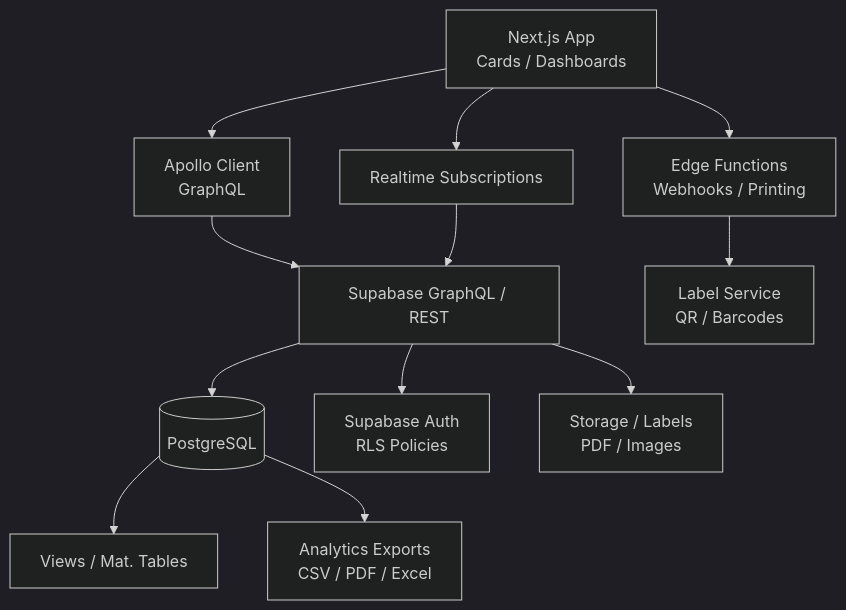
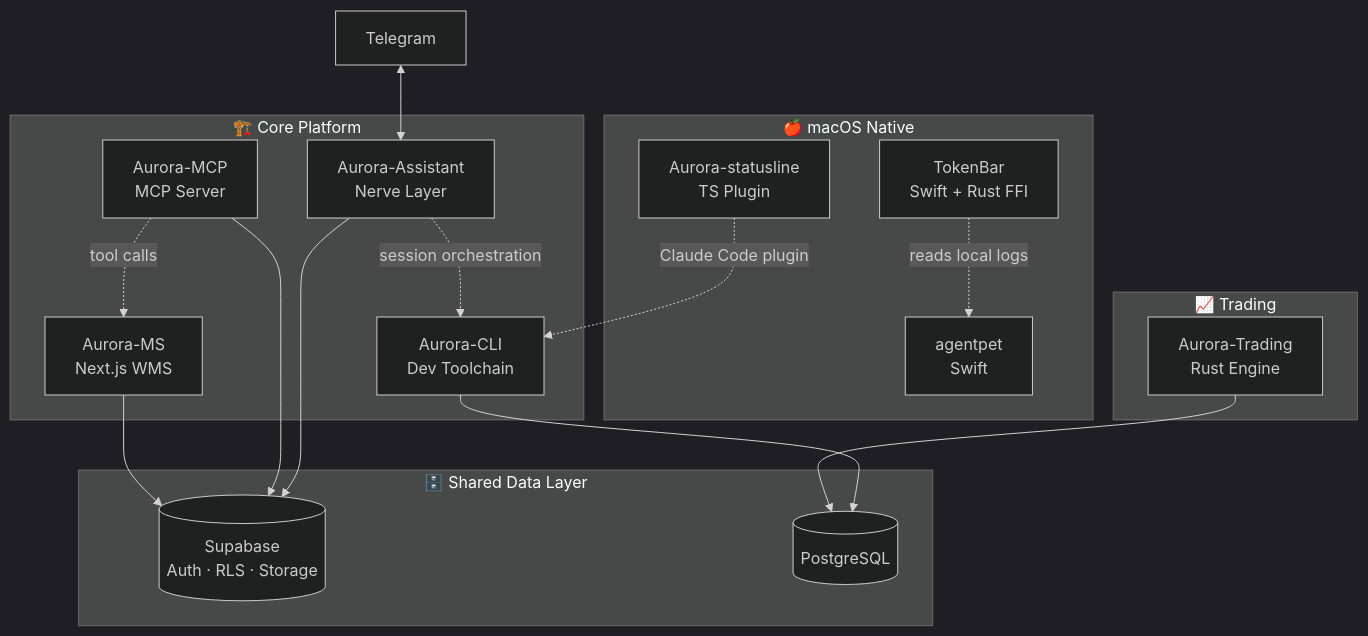
Before and after one commit to aiexkwan/aiexkwan: the diagram in README.md, drawn with Mermaid (dark theme). The commit also changed other lines of this file, not shown here.

Commit message:
refactor: overhaul profile README to reflect current Aurora ecosystem

````diff
--- a/README.md
+++ b/README.md
@@ -41,14 +59,37 @@
 ```mermaid
-graph TD
-  A[Next.js App<br/>Cards / Dashboards] --> B[Apollo Client<br/>GraphQL]
-  B --> C[Supabase GraphQL / REST]
-  C --> D[(PostgreSQL)]
-  C --> E[Supabase Auth<br/>RLS Policies]
-  C --> F[Storage / Labels<br/>PDF / Images]
-  D --> G[Views / Mat. Tables]
-  A --> H[Edge Functions<br/>Webhooks / Printing]
-  H --> I[Label Service<br/>QR / Barcodes]
-  A --> J[Realtime Subscriptions]
-  J --> C
-  D --> K[Analytics Exports<br/>CSV / PDF / Excel]
+graph TB
+  subgraph Native["🍎 macOS Native"]
+    TB[TokenBar<br/>Swift + Rust FFI]
+    AP[agentpet<br/>Swift]
+    SL[Aurora-statusline<br/>TS Plugin]
+  end
+
+  subgraph Core["🏗️ Core Platform"]
+    MS[Aurora-MS<br/>Next.js WMS]
+    MCP[Aurora-MCP<br/>MCP Server]
+    CLI[Aurora-CLI<br/>Dev Toolchain]
+    AST[Aurora-Assistant<br/>Nerve Layer]
+  end
+
+  subgraph Trading["📈 Trading"]
+    TR[Aurora-Trading<br/>Rust Engine]
+  end
+
+  subgraph Data["🗄️ Shared Data Layer"]
+    SB[(Supabase<br/>Auth · RLS · Storage)]
+    PG[(PostgreSQL)]
+  end
+
+  MS --> SB
+  MCP --> SB
+  AST --> SB
+  TR --> PG
+  CLI --> PG
+
+  MCP -.->|tool calls| MS
+  AST -.->|session orchestration| CLI
+  TB -.->|reads local logs| AP
+  SL -.->|Claude Code plugin| CLI
+
+  TG[Telegram] <--> AST
 ```
````
